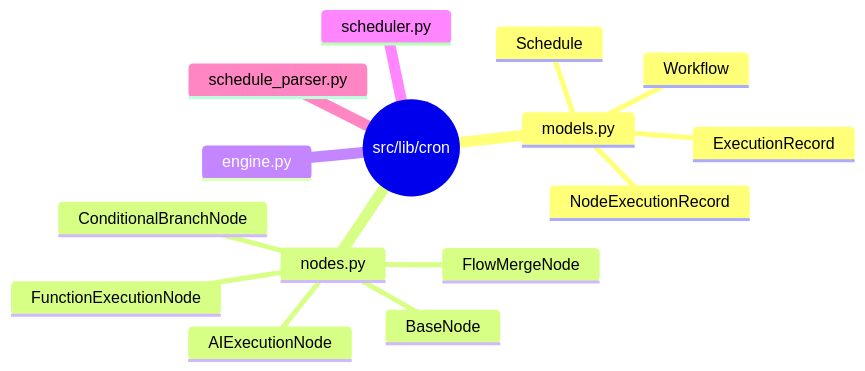
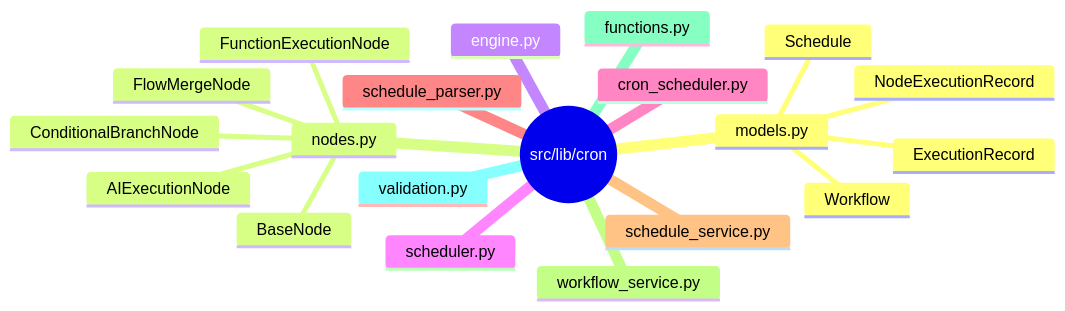
The first of 5 diagrams in docs/guides/scheduler.md (AmreetKumarkhuntia/knik), drawn with Mermaid before and after one commit. The commit also changed other lines of this file and 7 other files, not shown here.

First line of the commit message:
docs: fix inaccuracies across documentation (providers, endpoints, aliases, architecture)

````diff
--- a/docs/guides/scheduler.md
+++ b/docs/guides/scheduler.md
@@ -23,18 +23,23 @@
 ```mermaid
 mindmap
   root((src/lib/cron))
     models.py
       Workflow
       Schedule
       ExecutionRecord
       NodeExecutionRecord
     nodes.py
       BaseNode
       AIExecutionNode
       FunctionExecutionNode
       ConditionalBranchNode
       FlowMergeNode
     engine.py
     scheduler.py
+    cron_scheduler.py
     schedule_parser.py
+    schedule_service.py
+    workflow_service.py
+    functions.py
+    validation.py
 ```
````
